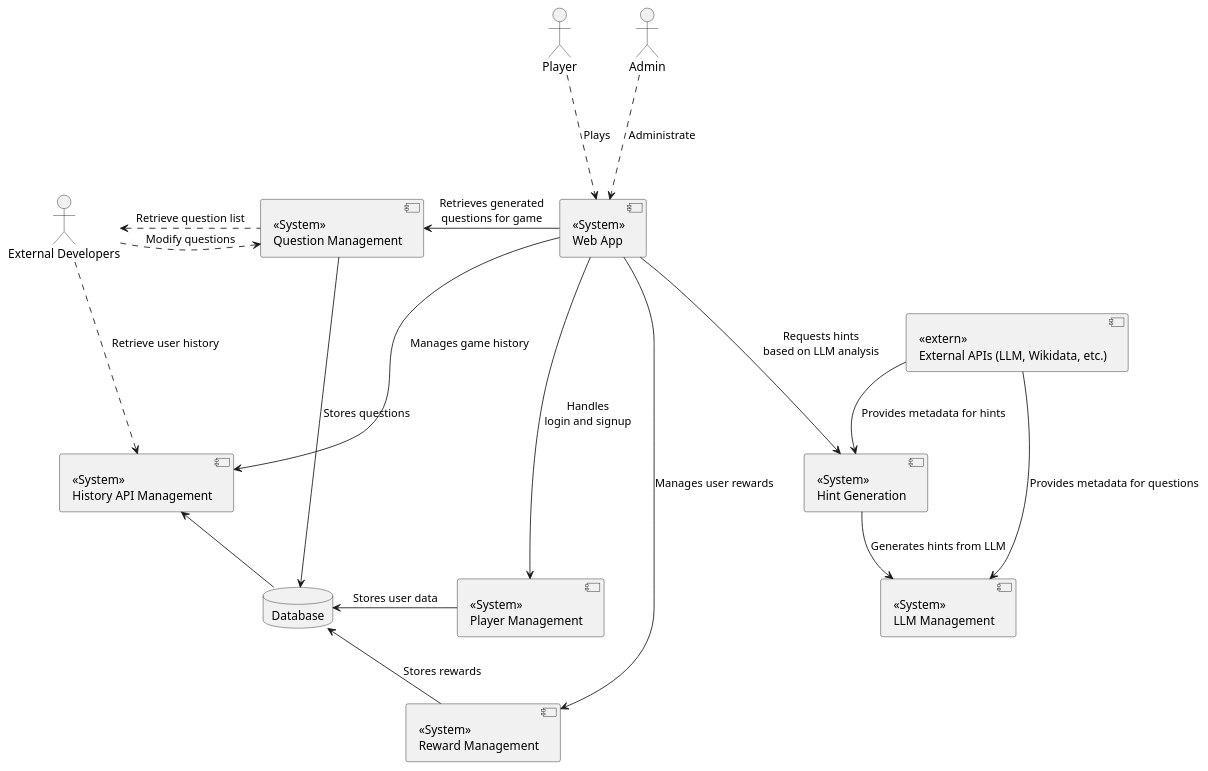
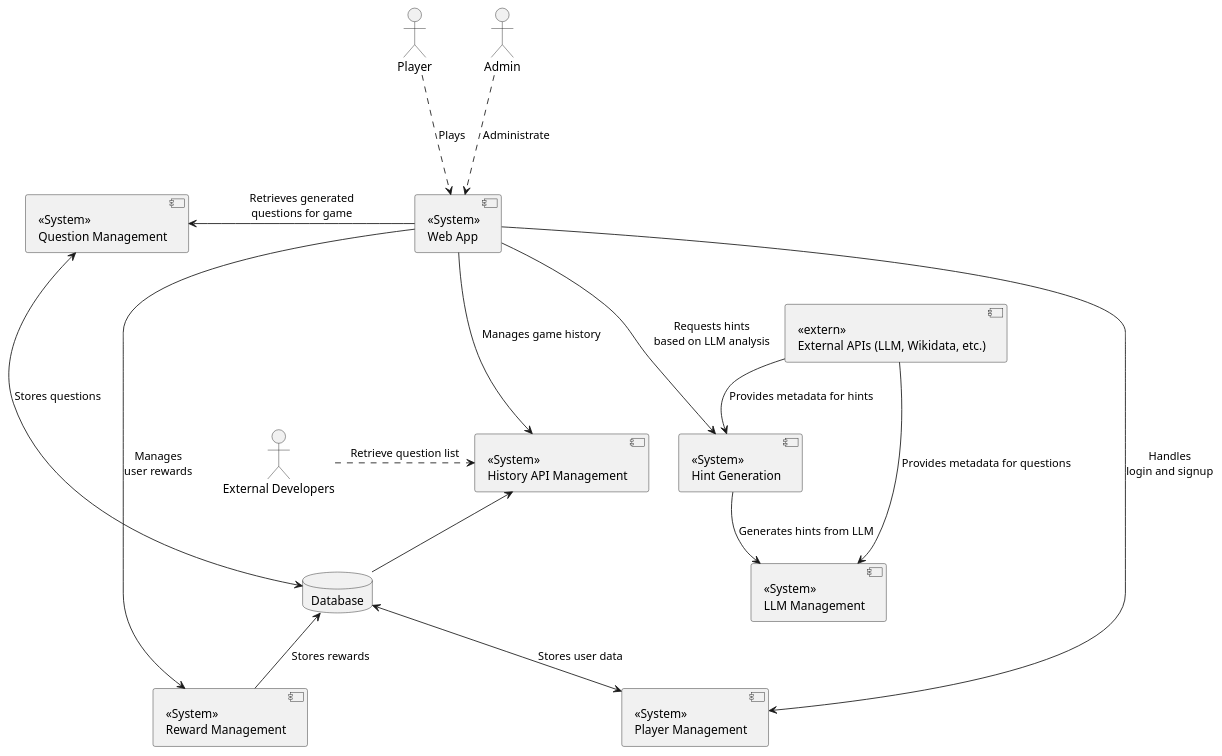
One commit to Arquisoft/wichat_es4b changed the first of 2 diagrams in docs/src/03_context_and_scope.adoc. Above: the diagram before and after it, drawn with PlantUML. The commit also changed other lines of this file, not shown here.

```diff
--- a/docs/src/03_context_and_scope.adoc
+++ b/docs/src/03_context_and_scope.adoc
@@ -62,75 +62,73 @@
 [plantuml,"Business Context Diagram",png]
 ----
 @startuml
 actor Player as user
 actor Admin as admin
 actor "External Developers" as extDevelopers
 
 component WebApp [
   <<System>>
   Web App
 ]
 
 component PlayerService [
   <<System>>
   Player Management
 ]
 
 component QuestionService [
   <<System>>
   Question Management
 ]
 
 component HintService [
     <<System>>
     Hint Generation
 ]
 
 component RewardService [
     <<System>>
     Reward Management
 ]
 
 component OwnAPIService [
     <<System>>
     History API Management
 ]
 
 component LLmService [
     <<System>>
     LLM Management
 ]
 
 component ExternalAPIService [
     <<extern>>
     External APIs (LLM, Wikidata, etc.)
 ]
 
 database database [
     Database
 ]
 
 user ...> WebApp: Plays
 admin ...> WebApp: Administrate
+WebApp -left-> QuestionService : Retrieves generated\nquestions for game
 WebApp ---> PlayerService : Handles\nlogin and signup
-WebApp -left-> QuestionService : Retrieves generated\nquestions for game
 WebApp ---> HintService : Requests hints\nbased on LLM analysis
-WebApp ---> RewardService : Manages user rewards
+WebApp ---> RewardService : Manages\nuser rewards
 WebApp ---> OwnAPIService : Manages game history
 
 HintService --> LLmService : Generates hints from LLM
 
 ExternalAPIService --> LLmService : Provides metadata for questions
 ExternalAPIService --> HintService : Provides metadata for hints
 
-extDevelopers .right.> QuestionService : Modify questions
-extDevelopers <.right. QuestionService : Retrieve question list
-extDevelopers .right.> OwnAPIService : Retrieve user history
+extDevelopers .right.> OwnAPIService : Retrieve question list
 
-database <-right- PlayerService : Stores user data
-database <-left- QuestionService : Stores questions
+database <--> PlayerService : Stores user data
+database <--> QuestionService : Stores questions
 database <-down- RewardService : Stores rewards
 OwnAPIService <-down- database
 @enduml
 
 ----
```
